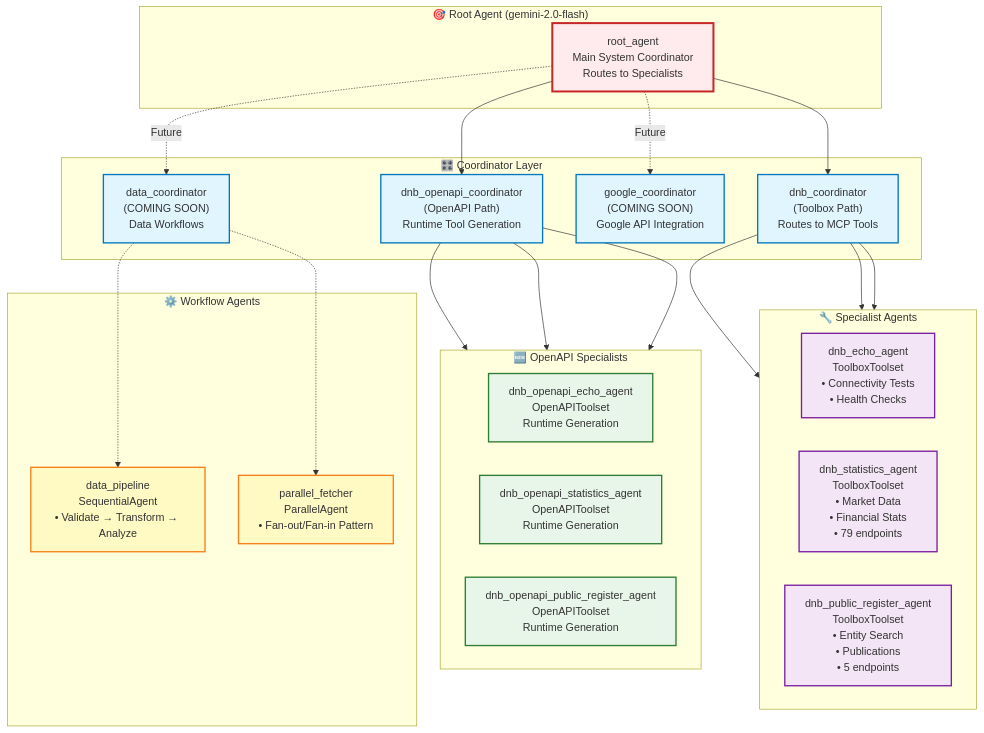
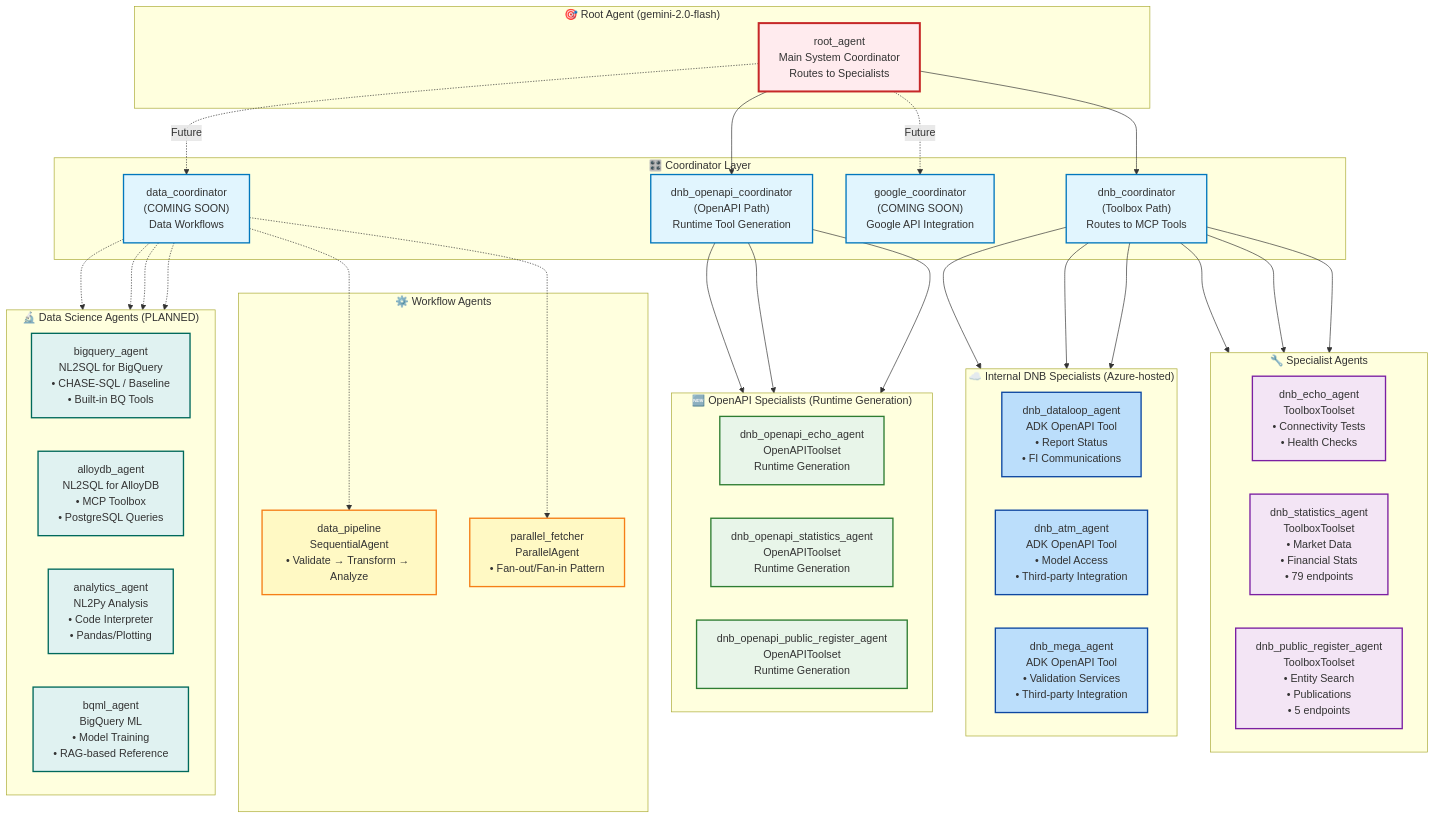
The third of 21 diagrams in backend/ARCHITECTURE_MERMAID.md (Px8Studio/adk-python), drawn with Mermaid before and after one commit. The commit also changed other lines of this file and 1 other file, not shown here.

First line of the commit message:
feat: Enhance backend architecture documentation with Data Science Agent architecture and deployment topology

````diff
--- a/backend/ARCHITECTURE_MERMAID.md
+++ b/backend/ARCHITECTURE_MERMAID.md
@@ -184,7 +211,14 @@
         PR_TB["dnb_public_register_agent<br/>ToolboxToolset<br/>• Entity Search<br/>• Publications<br/>• 5 endpoints"]
     end
 
-    subgraph OpenAPI_Specialists["🆕 OpenAPI Specialists"]
+    subgraph Azure_Specialists["☁️ Internal DNB Specialists (Azure-hosted)"]
+        direction LR
+        DataLoop_Agent["dnb_dataloop_agent<br/>ADK OpenAPI Tool<br/>• Report Status<br/>• FI Communications"]
+        ATM_Agent["dnb_atm_agent<br/>ADK OpenAPI Tool<br/>• Model Access<br/>• Third-party Integration"]
+        MEGA_Agent["dnb_mega_agent<br/>ADK OpenAPI Tool<br/>• Validation Services<br/>• Third-party Integration"]
+    end
+
+    subgraph OpenAPI_Specialists["🆕 OpenAPI Specialists (Runtime Generation)"]
         direction LR
         Echo_OA["dnb_openapi_echo_agent<br/>OpenAPIToolset<br/>Runtime Generation"]
         Stats_OA["dnb_openapi_statistics_agent<br/>OpenAPIToolset<br/>Runtime Generation"]
@@ -196,6 +230,14 @@
         Parallel["parallel_fetcher<br/>ParallelAgent<br/>• Fan-out/Fan-in Pattern"]
     end
 
+    subgraph DataScience["🔬 Data Science Agents (PLANNED)"]
+        direction LR
+        BQ_Agent["bigquery_agent<br/>NL2SQL for BigQuery<br/>• CHASE-SQL / Baseline<br/>• Built-in BQ Tools"]
+        AlloyDB_Agent["alloydb_agent<br/>NL2SQL for AlloyDB<br/>• MCP Toolbox<br/>• PostgreSQL Queries"]
+        Analytics_Agent["analytics_agent<br/>NL2Py Analysis<br/>• Code Interpreter<br/>• Pandas/Plotting"]
+        BQML_Agent["bqml_agent<br/>BigQuery ML<br/>• Model Training<br/>• RAG-based Reference"]
+    end
+
     RA --> DNB_Coord
     RA --> OpenAPI_Coord
     RA -.Future.-> Google_Coord
@@ -204,6 +246,9 @@
     DNB_Coord --> Echo_TB
     DNB_Coord --> Stats_TB
     DNB_Coord --> PR_TB
+    DNB_Coord --> DataLoop_Agent
+    DNB_Coord --> ATM_Agent
+    DNB_Coord --> MEGA_Agent
     
     OpenAPI_Coord --> Echo_OA
     OpenAPI_Coord --> Stats_OA
@@ -211,16 +256,24 @@
     
     Data_Coord -.-> Sequential
     Data_Coord -.-> Parallel
+    Data_Coord -.-> BQ_Agent
+    Data_Coord -.-> AlloyDB_Agent
+    Data_Coord -.-> Analytics_Agent
+    Data_Coord -.-> BQML_Agent
 
     classDef root fill:#ffebee,stroke:#c62828,stroke-width:3px
     classDef coordinator fill:#e1f5fe,stroke:#0277bd,stroke-width:2px
     classDef specialist fill:#f3e5f5,stroke:#7b1fa2,stroke-width:2px
+    classDef azure_specialist fill:#bbdefb,stroke:#0d47a1,stroke-width:2px
     classDef openapi fill:#e8f5e9,stroke:#2e7d32,stroke-width:2px
     classDef workflow fill:#fff9c4,stroke:#f57f17,stroke-width:2px
+    classDef datascience fill:#e0f2f1,stroke:#00695c,stroke-width:2px
     
     class RA root
     class DNB_Coord,OpenAPI_Coord,Google_Coord,Data_Coord coordinator
     class Echo_TB,Stats_TB,PR_TB specialist
+    class DataLoop_Agent,ATM_Agent,MEGA_Agent azure_specialist
     class Echo_OA,Stats_OA,PR_OA openapi
     class Sequential,Parallel workflow
+    class BQ_Agent,AlloyDB_Agent,Analytics_Agent,BQML_Agent datascience
 ```
````
